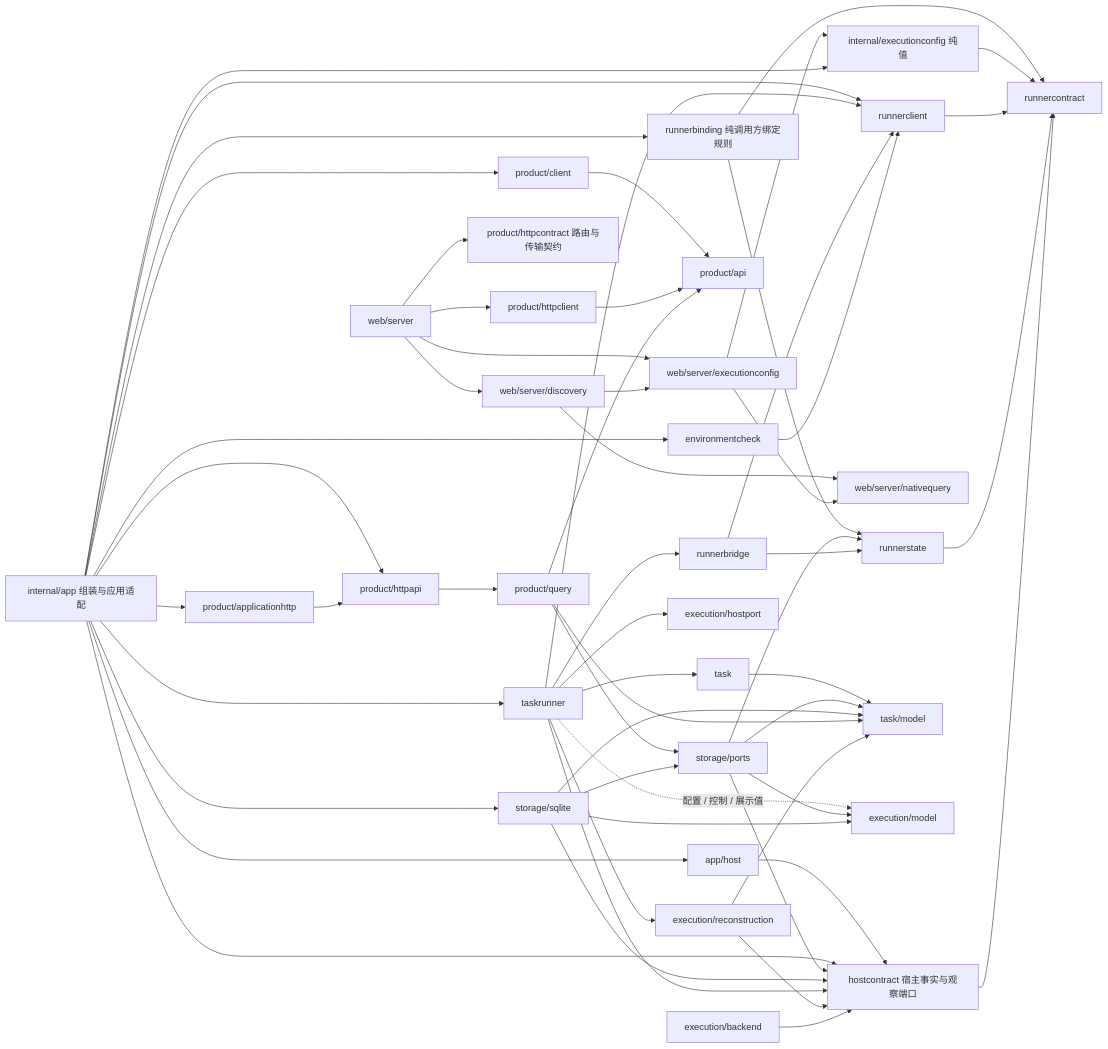
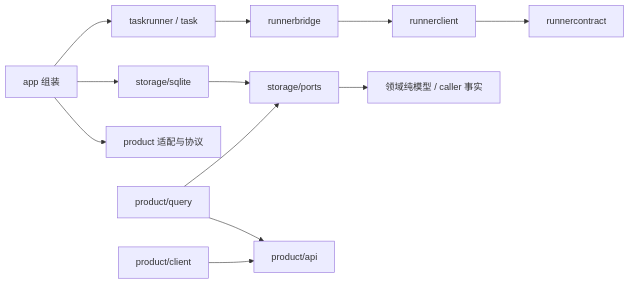
Before and after one commit to erranliu/SteerLine: the second of 2 diagrams in docs/architecture/current-code-architecture.md, drawn with Mermaid. The commit also changed other lines of this file and 74 other files, not shown here.

````diff
--- a/docs/architecture/current-code-architecture.md
+++ b/docs/architecture/current-code-architecture.md
@@ -66,58 +76,14 @@
 ```mermaid
 flowchart LR
-    App[internal/app 组装与应用适配] --> Host[app/host]
-    Host --> HS[hostcontract 宿主事实与观察端口]
-    App --> HS
-    App --> AH[product/applicationhttp]
-    App --> HA[product/httpapi]
-    App --> Client[product/client]
-    App --> TaskRunner[taskrunner]
-    App --> SQLite[storage/sqlite]
-    App --> RC[runnerclient]
-    App --> EC[environmentcheck]
-    App --> RB[runnerbinding 纯调用方绑定规则]
-    RB --> Contract[runnercontract]
-    RB --> RS[runnerstate]
-    WebServer[web/server] --> HC[product/httpclient]
-    WebServer --> HContract[product/httpcontract 路由与传输契约]
-    WebServer --> WebConfig[web/server/executionconfig]
-    WebServer --> Discovery[web/server/discovery]
-    Discovery --> WebConfig
-    Discovery --> NQ[web/server/nativequery]
-    WebConfig --> NQ
-    WebConfig --> ConfigValue[internal/executionconfig 纯值]
-    App --> ConfigValue
-    ConfigValue --> Contract
-    AH --> HA
-    HA --> Q[product/query]
-    Client --> API[product/api]
-    HC --> API
-    Q --> API
-    Q --> Ports[storage/ports]
-    SQLite --> Ports
-    Ports --> RS
-    TaskRunner --> Task[task]
-    Task --> TM[task/model]
-    Ports --> TM
-    Ports --> HS
-    SQLite --> TM
-    SQLite --> HS
-    Q --> TM
-    TaskRunner --> Bridge[runnerbridge]
-    TaskRunner --> RC
-    Bridge --> RC
-    EC --> RC
+    App[app 组装] --> Task[taskrunner / task]
+    App --> Storage[storage/sqlite]
+    App --> Product[product 适配与协议]
+    Query[product/query] --> Ports[storage/ports]
+    Storage --> Ports
+    Ports --> Values[领域纯模型 / caller 事实]
+    Query --> API[product/api]
+    Client[product/client] --> API
+    Task --> Bridge[runnerbridge]
+    Bridge --> RC[runnerclient]
     RC --> Contract[runnercontract]
-    Bridge --> RS[runnerstate]
-    RS --> Contract
-    TaskRunner -. 配置 / 控制 / 展示值 .-> EM[execution/model]
-    TaskRunner --> Recon[execution/reconstruction]
-    TaskRunner --> HP[execution/hostport]
-    TaskRunner --> HS
-    Recon --> HS
-    Recon --> TM
-    EB[execution/backend] --> HS
-    HS --> Contract
-    Ports --> EM
-    SQLite --> EM
 ```
````
